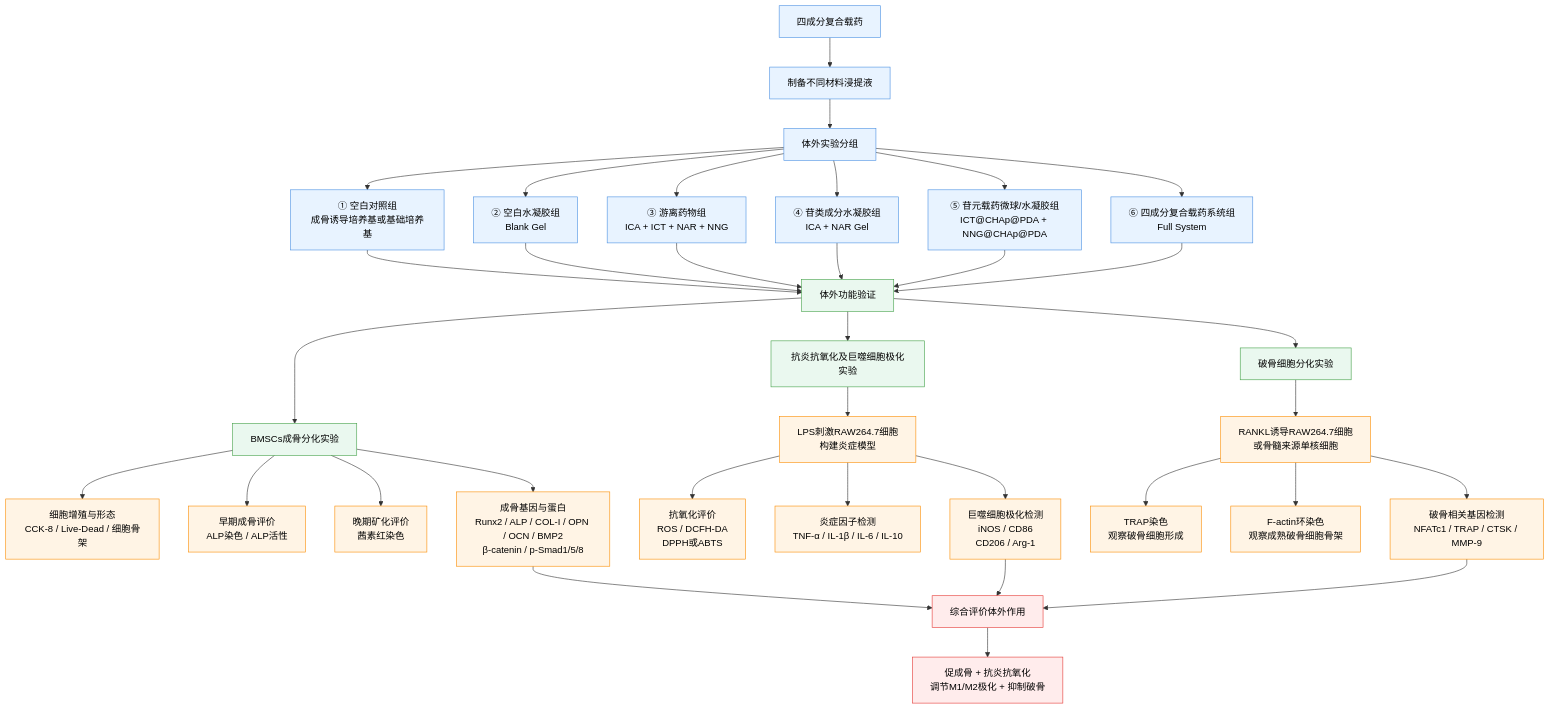
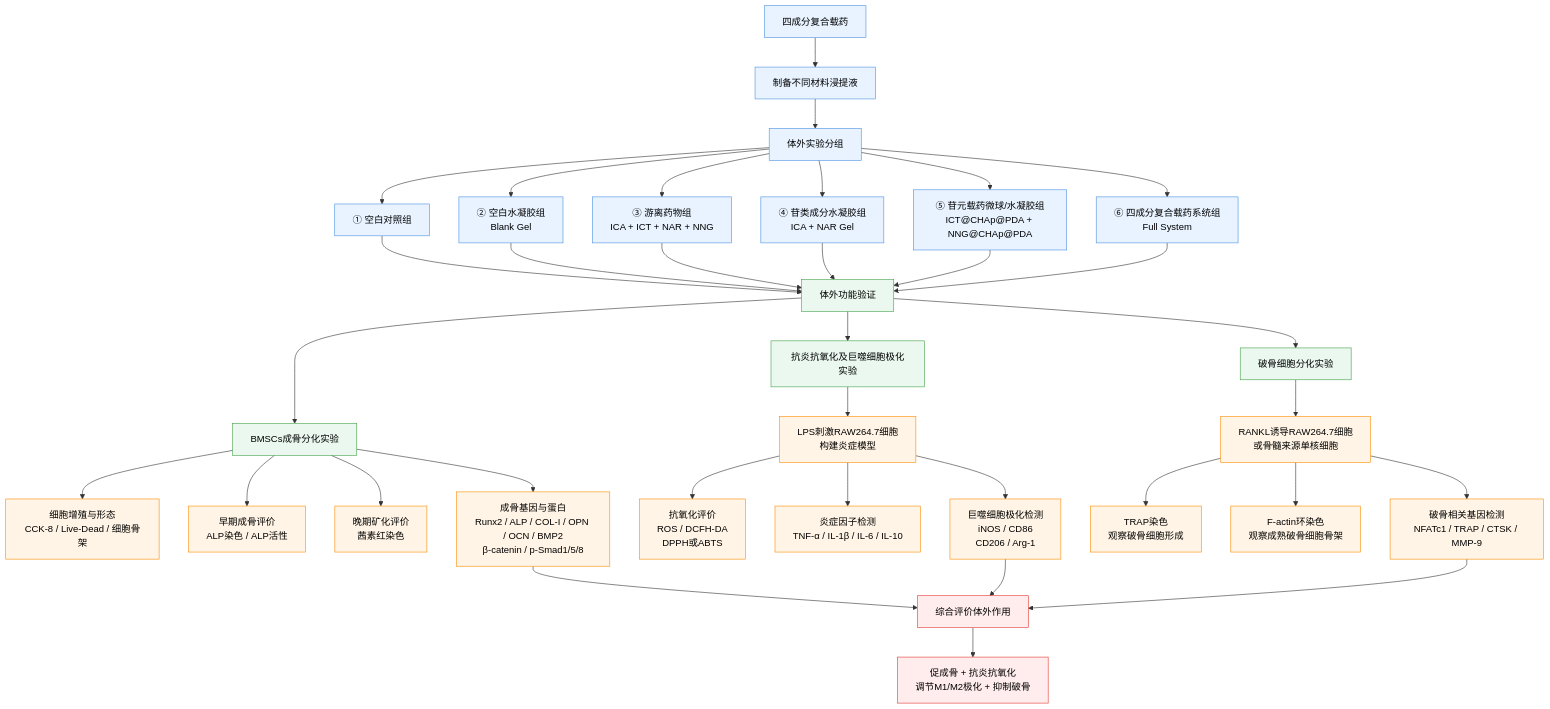
Before and after one commit to Yaotian99/iodraw-files: the diagram in all/未命名-2.md, drawn with Mermaid.

Commit message:
2026-06-24 10:20:18 update

````diff
--- a/all/未命名-2.md
+++ b/all/未命名-2.md
@@ -1,54 +1,54 @@
 ```mermaid
 graph TD
 
 A[四成分复合载药] --> B[制备不同材料浸提液]
 
 B --> C[体外实验分组]
 
-C --> C1[① 空白对照组<br/>成骨诱导培养基或基础培养基]
+C --> C1[① 空白对照组]
 C --> C2[② 空白水凝胶组<br/>Blank Gel]
 C --> C3[③ 游离药物组<br/>ICA + ICT + NAR + NNG]
 C --> C4[④ 苷类成分水凝胶组<br/>ICA + NAR Gel]
 C --> C5[⑤ 苷元载药微球/水凝胶组<br/>ICT@CHAp@PDA + NNG@CHAp@PDA]
 C --> C6[⑥ 四成分复合载药系统组<br/>Full System]
 
 C1 --> D[体外功能验证]
 C2 --> D
 C3 --> D
 C4 --> D
 C5 --> D
 C6 --> D
 
 D --> E1[BMSCs成骨分化实验]
 E1 --> E11[细胞增殖与形态<br/>CCK-8 / Live-Dead / 细胞骨架]
 E1 --> E12[早期成骨评价<br/>ALP染色 / ALP活性]
 E1 --> E13[晚期矿化评价<br/>茜素红染色]
 E1 --> E14[成骨基因与蛋白<br/>Runx2 / ALP / COL-I / OPN / OCN / BMP2<br/>β-catenin / p-Smad1/5/8]
 
 D --> F1[抗炎抗氧化及巨噬细胞极化实验]
 F1 --> F11[LPS刺激RAW264.7细胞<br/>构建炎症模型]
 F11 --> F12[抗氧化评价<br/>ROS / DCFH-DA<br/>DPPH或ABTS]
 F11 --> F13[炎症因子检测<br/>TNF-α / IL-1β / IL-6 / IL-10]
 F11 --> F14[巨噬细胞极化检测<br/>iNOS / CD86<br/>CD206 / Arg-1]
 
 D --> G1[破骨细胞分化实验]
 G1 --> G11[RANKL诱导RAW264.7细胞<br/>或骨髓来源单核细胞]
 G11 --> G12[TRAP染色<br/>观察破骨细胞形成]
 G11 --> G13[F-actin环染色<br/>观察成熟破骨细胞骨架]
 G11 --> G14[破骨相关基因检测<br/>NFATc1 / TRAP / CTSK / MMP-9]
 
 E14 --> H[综合评价体外作用]
 F14 --> H
 G14 --> H
 H --> I[促成骨 + 抗炎抗氧化<br/>调节M1/M2极化 + 抑制破骨]
 
 classDef group fill:#E8F3FF,stroke:#4A90E2,stroke-width:1px,color:#000;
 classDef vitro fill:#EAF8EF,stroke:#43A047,stroke-width:1px,color:#000;
 classDef assay fill:#FFF4E5,stroke:#FB8C00,stroke-width:1px,color:#000;
 classDef result fill:#FFECEC,stroke:#E53935,stroke-width:1px,color:#000;
 
 class A,B,C,C1,C2,C3,C4,C5,C6 group;
 class D,E1,F1,G1 vitro;
 class E11,E12,E13,E14,F11,F12,F13,F14,G11,G12,G13,G14 assay;
 class H,I result;
 ```
````
